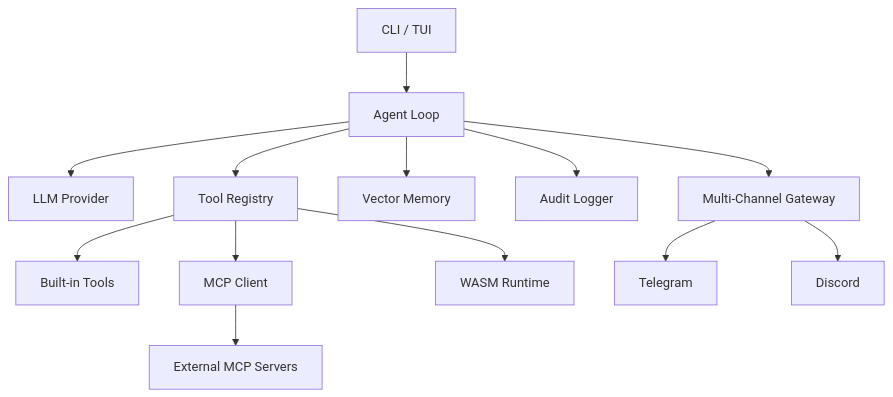
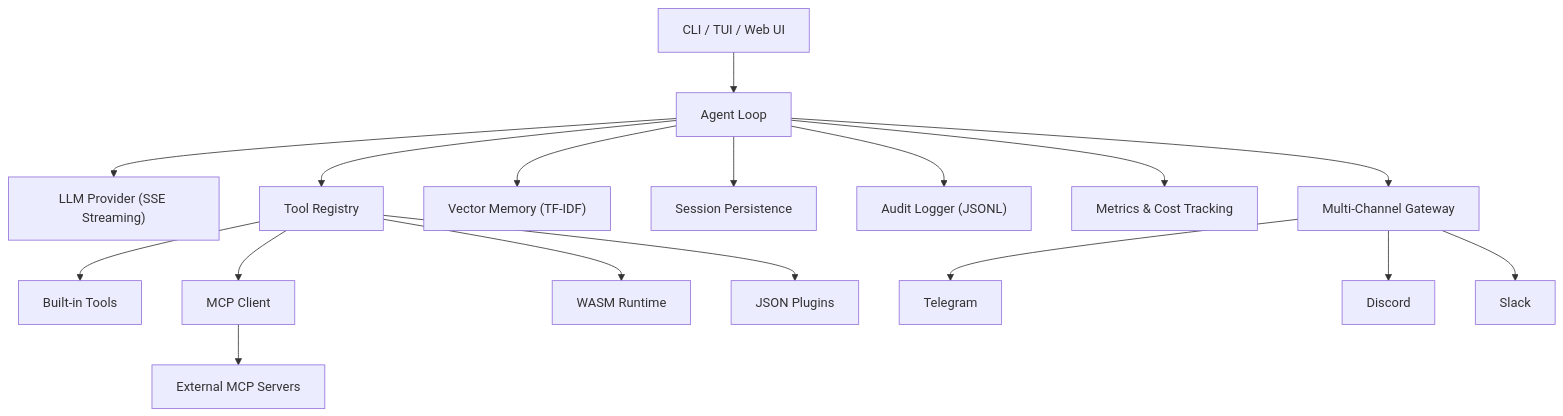
Before and after one commit to QuectoClaw/QuectoClaw: the diagram in README.md, drawn with Mermaid. The commit also changed other lines of this file, not shown here.

````diff
--- a/README.md
+++ b/README.md
@@ -183,19 +403,23 @@
 ```mermaid
 graph TD
-    CLI[CLI / TUI] --> Loop[Agent Loop]
-    Loop --> Provider[LLM Provider]
-    Loop --> Tools[Tool Registry]
-    Loop --> Memory[Vector Memory]
+    CLI["CLI / TUI / Web UI"] --> Loop["Agent Loop"]
+    Loop --> Provider["LLM Provider (SSE Streaming)"]
+    Loop --> Tools["Tool Registry"]
+    Loop --> Memory["Vector Memory (TF-IDF)"]
     
-    Tools --> Builtin[Built-in Tools]
-    Tools --> MCP[MCP Client]
-    Tools --> WASM[WASM Runtime]
+    Tools --> Builtin["Built-in Tools"]
+    Tools --> MCP["MCP Client"]
+    Tools --> WASM["WASM Runtime"]
+    Tools --> Plugins["JSON Plugins"]
     
-    MCP --> ext[External MCP Servers]
+    MCP --> ext["External MCP Servers"]
     
-    Loop --> Audit[Audit Logger]
-    Loop --> Gateway[Multi-Channel Gateway]
+    Loop --> Session["Session Persistence"]
+    Loop --> Audit["Audit Logger (JSONL)"]
+    Loop --> Metrics["Metrics & Cost Tracking"]
+    Loop --> Gateway["Multi-Channel Gateway"]
     
     Gateway --> Telegram
     Gateway --> Discord
+    Gateway --> Slack
 ```
````
